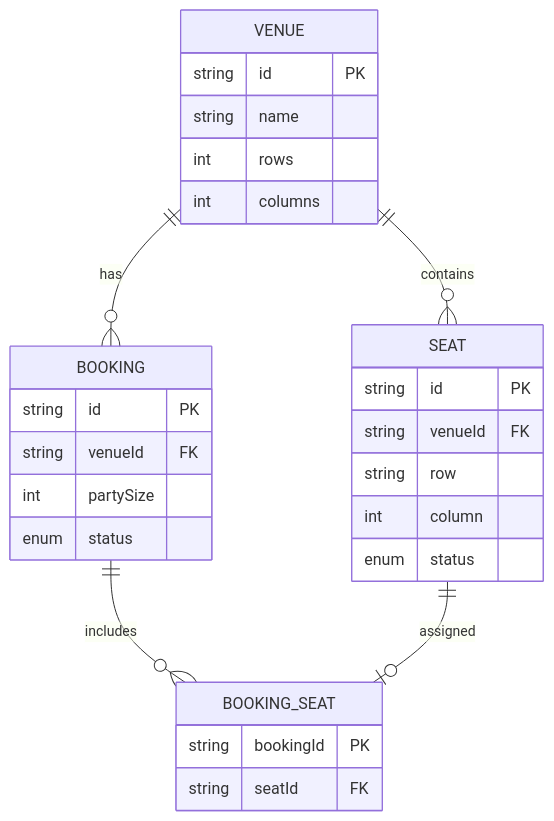
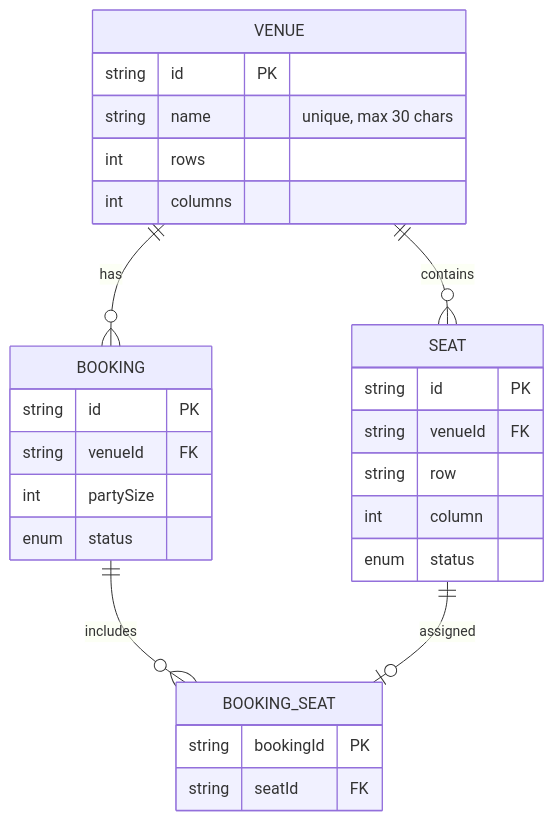
The third of 3 diagrams in Architecture.md (reachvarunbansal/SeatBooking), drawn with Mermaid before and after one commit. The commit also changed other lines of this file and 28 other files, not shown here.

````diff
--- a/Architecture.md
+++ b/Architecture.md
@@ -96,31 +109,31 @@
 ```mermaid
 erDiagram
     VENUE ||--o{ SEAT : contains
     VENUE ||--o{ BOOKING : has
     BOOKING ||--o{ BOOKING_SEAT : includes
     SEAT ||--o| BOOKING_SEAT : assigned
 
     VENUE {
         string id PK
-        string name
+        string name "unique, max 30 chars"
         int rows
         int columns
     }
     SEAT {
         string id PK
         string venueId FK
         string row
         int column
         enum status
     }
     BOOKING {
         string id PK
         string venueId FK
         int partySize
         enum status
     }
     BOOKING_SEAT {
         string bookingId PK
         string seatId FK
     }
 ```
````
